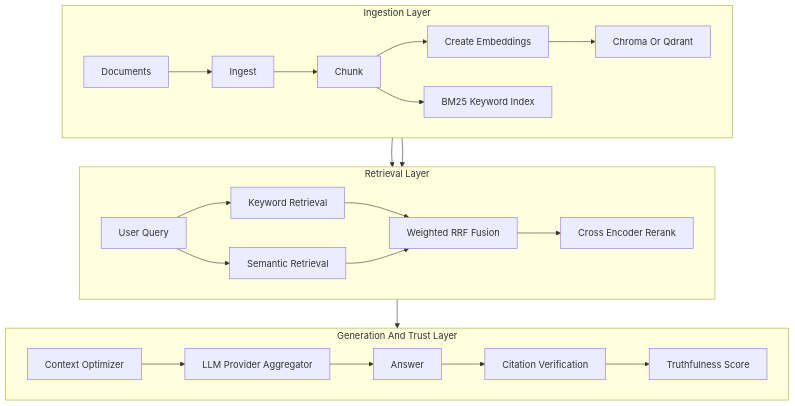
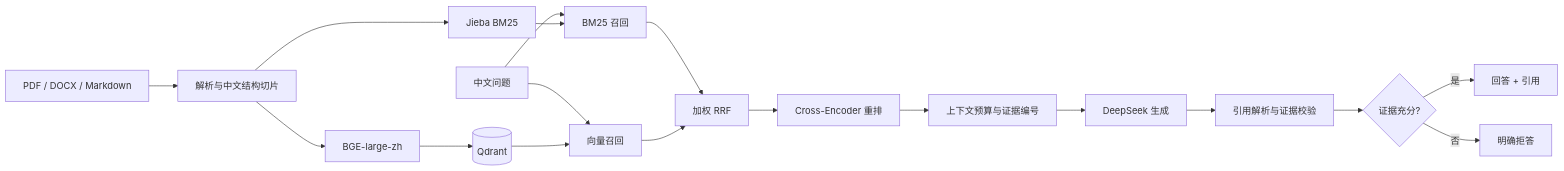
Before and after one commit to sanji412/enterprise-knowledge-rag: the diagram in README.md, drawn with Mermaid. The commit also changed other lines of this file and 8 other files, not shown here.

````diff
--- a/README.md
+++ b/README.md
@@ -75,45 +36,20 @@
 ```mermaid
-flowchart TB
-  subgraph ingestionLayer [Ingestion Layer]
-    direction LR
-    documents[Documents]
-    ingest[Ingest]
-    chunk[Chunk]
-    embed[Create Embeddings]
-    vectorStore[Chroma Or Qdrant]
-    keywordIndex[BM25 Keyword Index]
-  end
-
-  subgraph retrievalLayer [Retrieval Layer]
-    direction LR
-    query[User Query]
-    keyword[Keyword Retrieval]
-    semantic[Semantic Retrieval]
-    rrf[Weighted RRF Fusion]
-    rerank[Cross Encoder Rerank]
-  end
-
-  subgraph generationLayer [Generation And Trust Layer]
-    direction LR
-    context[Context Optimizer]
-    aggregator[LLM Provider Aggregator]
-    answer[Answer]
-    citations[Citation Verification]
-    truth[Truthfulness Score]
-  end
-
-  documents --> ingest
-  ingest --> chunk
-  chunk --> embed --> vectorStore
-  chunk --> keywordIndex
-
-  query --> keyword
-  query --> semantic
-  keywordIndex --> keyword
-  vectorStore --> semantic
-  keyword --> rrf
-  semantic --> rrf
-
-  rrf --> rerank --> context --> aggregator --> answer
-  answer --> citations --> truth
+flowchart LR
+    A[PDF / DOCX / Markdown] --> B[解析与中文结构切片]
+    B --> C[Jieba BM25]
+    B --> D[BGE-large-zh]
+    D --> E[(Qdrant)]
+    Q[中文问题] --> F[BM25 召回]
+    Q --> G[向量召回]
+    C --> F
+    E --> G
+    F --> H[加权 RRF]
+    G --> H
+    H --> I[Cross-Encoder 重排]
+    I --> J[上下文预算与证据编号]
+    J --> K[DeepSeek 生成]
+    K --> L[引用解析与证据校验]
+    L --> M{证据充分?}
+    M -->|是| N[回答 + 引用]
+    M -->|否| O[明确拒答]
 ```
````
